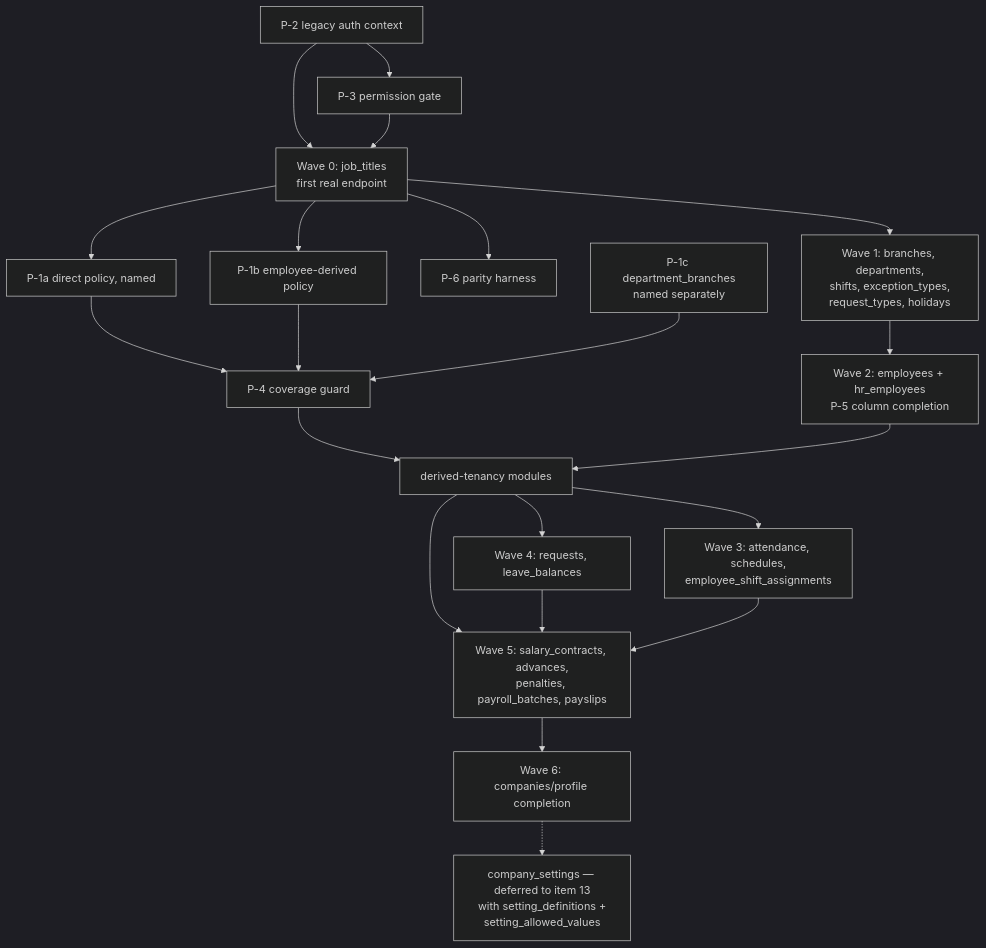
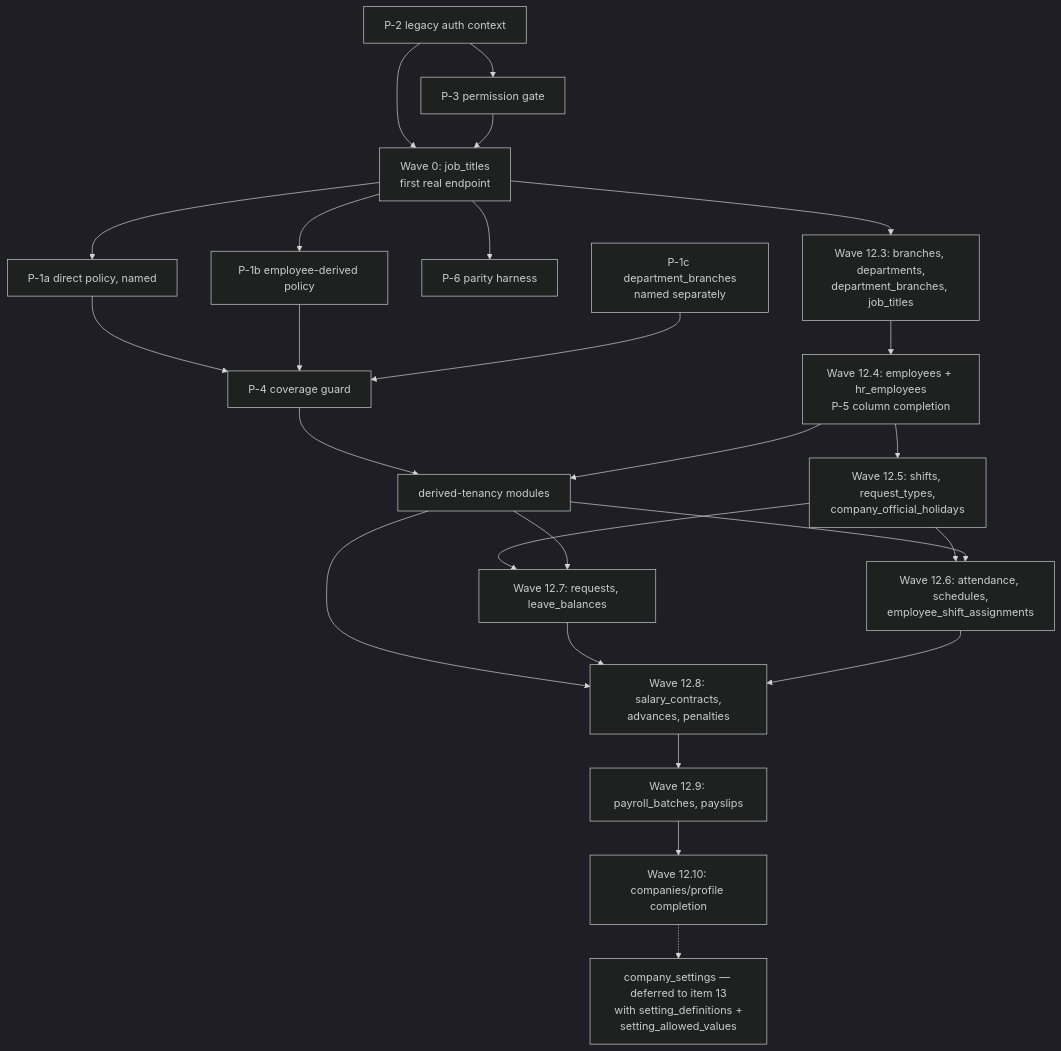
One commit to workin-hr/hr-platform changed the diagram in docs/migration/2026-08-18-item-12-specification.md. Above: the diagram before and after it, drawn with Mermaid (dark theme). The commit also changed other lines of this file and 1 other file, not shown here.

````diff
--- a/docs/migration/2026-08-18-item-12-specification.md
+++ b/docs/migration/2026-08-18-item-12-specification.md
@@ -386,24 +387,28 @@
 ```mermaid
 graph TD
   P2[P-2 legacy auth context] --> P3[P-3 permission gate]
   P2 --> W0
   P3 --> W0
   W0[Wave 0: job_titles<br/>first real endpoint] --> P1B[P-1b employee-derived policy]
   W0 --> P1A[P-1a direct policy, named]
   W0 --> P6[P-6 parity harness]
   P1A --> P4[P-4 coverage guard]
   P1B --> P4
   P1C[P-1c department_branches<br/>named separately] --> P4
   P4 --> D[derived-tenancy modules]
 
-  W0 --> ORG[Wave 1: branches, departments,<br/>shifts, exception_types,<br/>request_types, holidays]
-  ORG --> EMP[Wave 2: employees + hr_employees<br/>P-5 column completion]
+  W0 --> ORG[Wave 12.3: branches, departments,<br/>department_branches, job_titles]
+  ORG --> EMP[Wave 12.4: employees + hr_employees<br/>P-5 column completion]
+  EMP --> MASTER[Wave 12.5: shifts, request_types,<br/>company_official_holidays]
   EMP --> D
-  D --> ATT[Wave 3: attendance, schedules,<br/>employee_shift_assignments]
-  D --> REQ[Wave 4: requests, leave_balances]
-  D --> PAY[Wave 5: salary_contracts, advances,<br/>penalties, payroll_batches, payslips]
+  MASTER --> ATT[Wave 12.6: attendance, schedules,<br/>employee_shift_assignments]
+  MASTER --> REQ[Wave 12.7: requests, leave_balances]
+  D --> ATT
+  D --> REQ
+  D --> PAY[Wave 12.8: salary_contracts,<br/>advances, penalties]
   REQ --> PAY
   ATT --> PAY
-  PAY --> CS[Wave 6: companies/profile completion]
+  PAY --> RUN[Wave 12.9: payroll_batches, payslips]
+  RUN --> CS[Wave 12.10: companies/profile completion]
   CS -.-> I13[company_settings — deferred to item 13<br/>with setting_definitions +<br/>setting_allowed_values]
 ```
````
